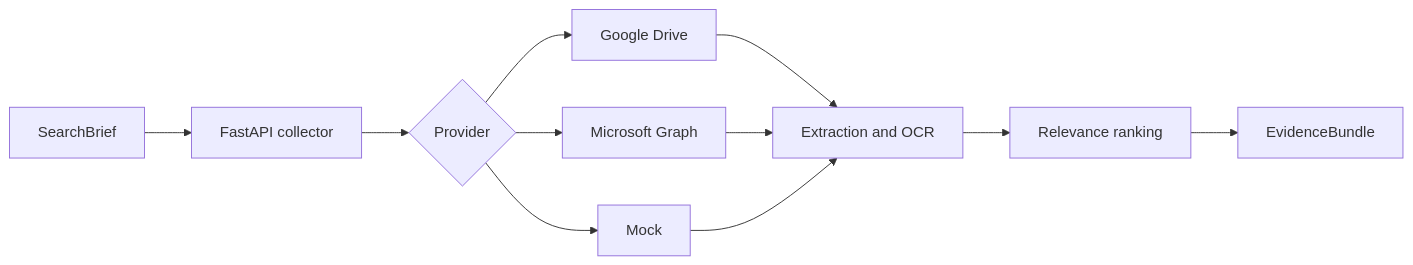
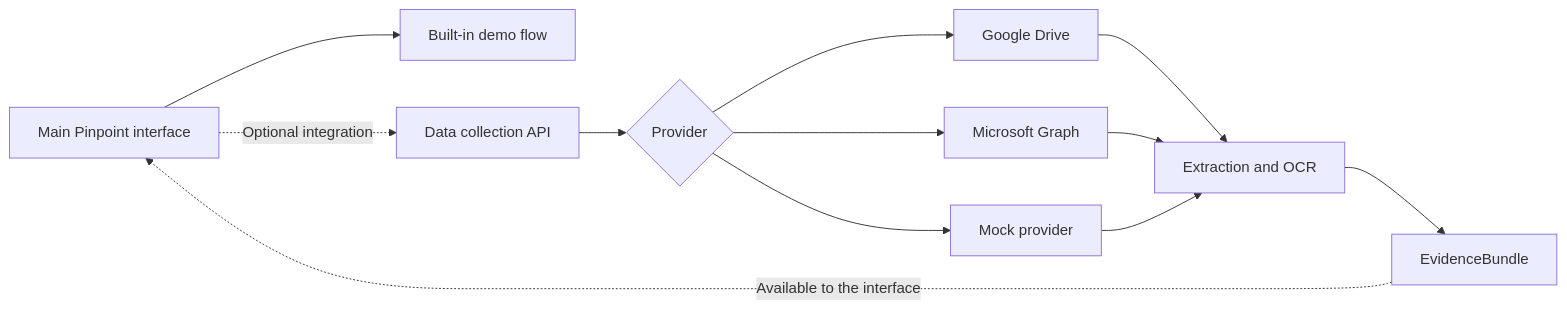
One commit to Mxrkus21/TECTONIC changed the diagram in code/data-collection/README.md. Above: the diagram before and after it, drawn with Mermaid. The commit also changed other lines of this file, not shown here.

Commit message:
Clarify optional data collection role

````diff
--- a/code/data-collection/README.md
+++ b/code/data-collection/README.md
@@ -16,13 +26,14 @@
 ```mermaid
 flowchart LR
-  UI[SearchBrief] --> API[FastAPI collector]
+  UI[Main Pinpoint interface] --> D[Built-in demo flow]
+  UI -. Optional integration .-> API[Data collection API]
   API --> P{Provider}
   P --> G[Google Drive]
   P --> M[Microsoft Graph]
-  P --> X[Mock]
+  P --> X[Mock provider]
   G --> E[Extraction and OCR]
   M --> E
   X --> E
-  E --> R[Relevance ranking]
-  R --> B[EvidenceBundle]
+  E --> B[EvidenceBundle]
+  B -. Available to the interface .-> UI
 ```
````
